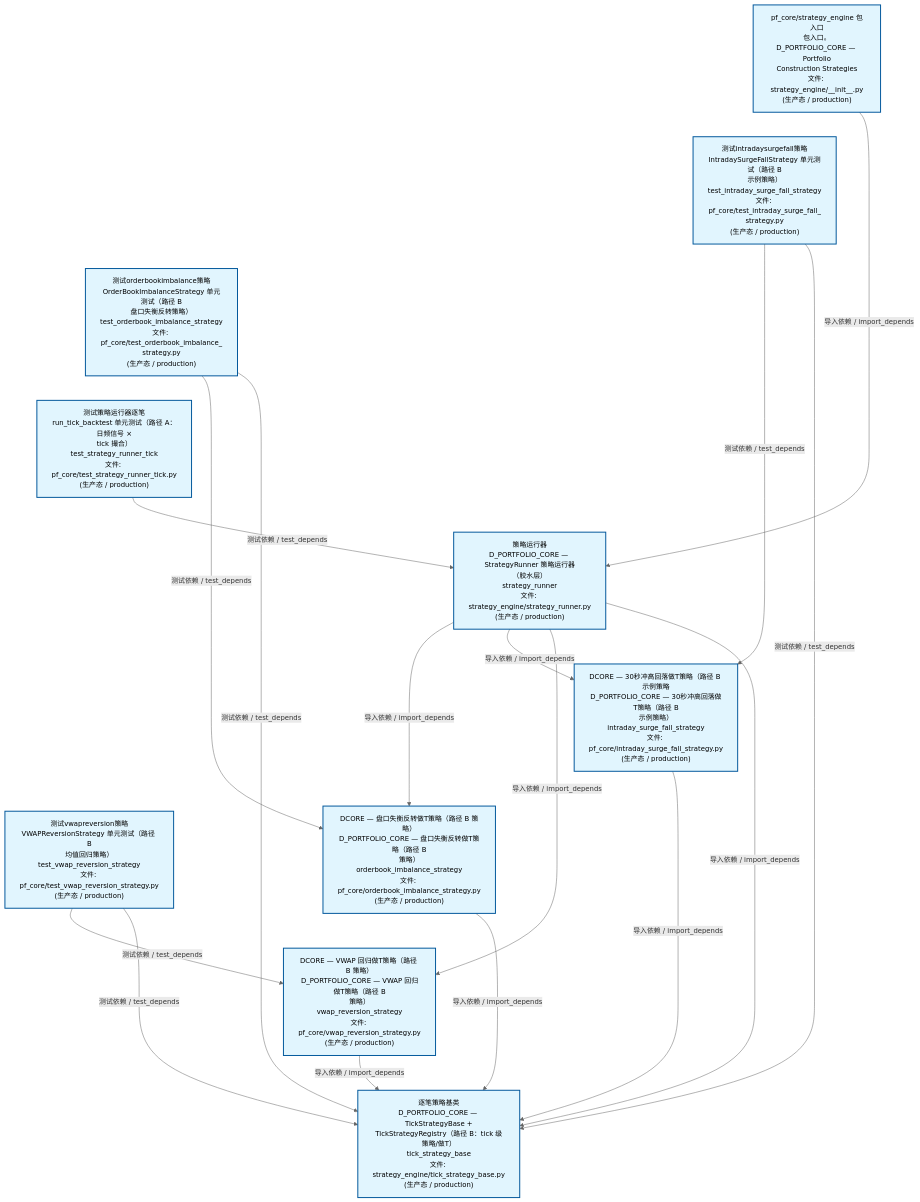
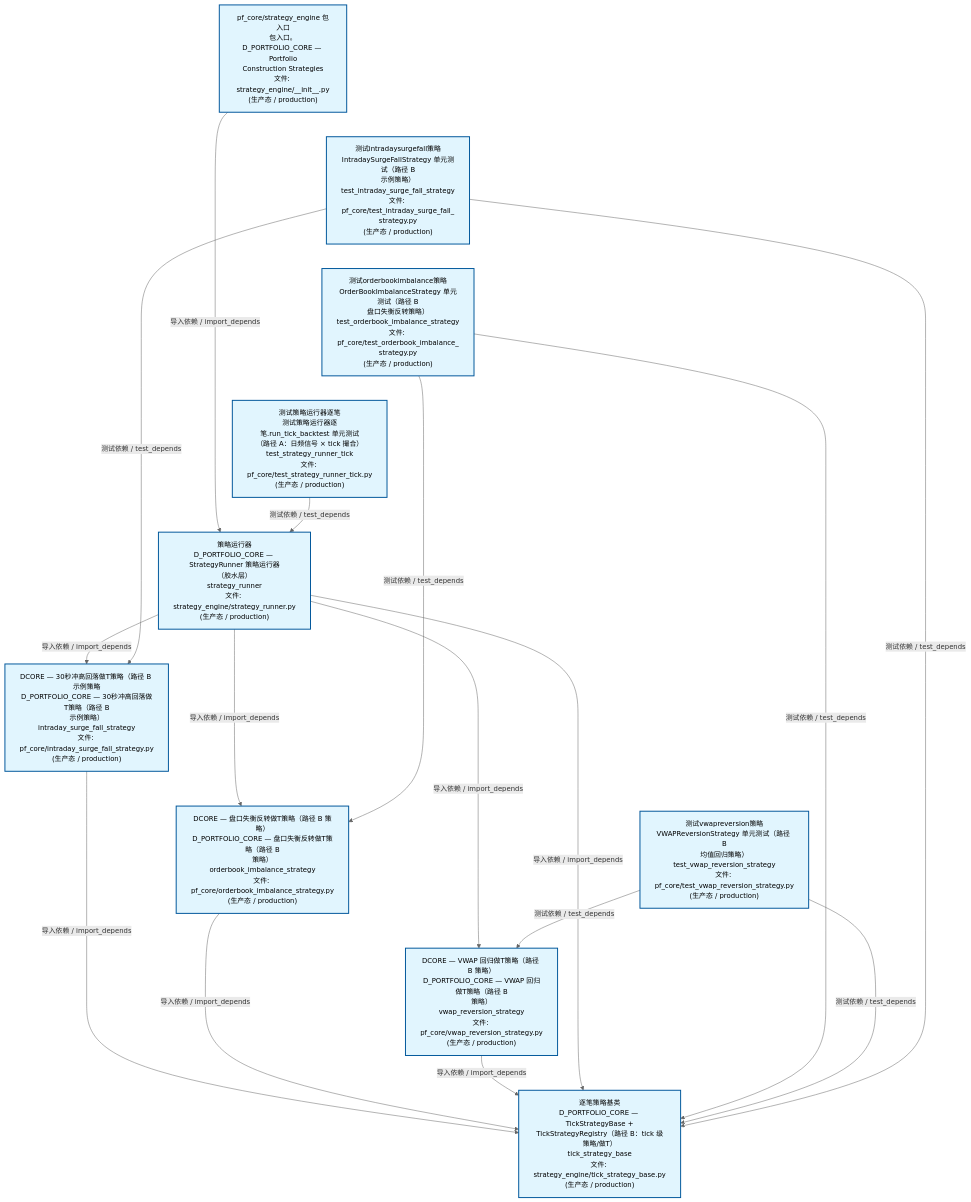
One commit to xuanFelixVan/ZephyrAlpha changed the second of 4 diagrams in docs/02_enterprise_architecture/02_domain_architecture_docs/63_d_pf_core.md. Above: the diagram before and after it, drawn with Mermaid. The commit also changed other lines of this file and 63 other files, not shown here.

````diff
--- a/docs/02_enterprise_architecture/02_domain_architecture_docs/63_d_pf_core.md
+++ b/docs/02_enterprise_architecture/02_domain_architecture_docs/63_d_pf_core.md
@@ -135,40 +135,40 @@
 ```mermaid
 %%{init: {'theme': 'base', 'themeVariables': {'primaryColor': '#eaeaea', 'primaryTextColor': '#333333', 'primaryBorderColor': '#666666', 'lineColor': '#666666', 'secondaryColor': '#eaeaea', 'tertiaryColor': '#eaeaea', 'fontSize': '14px'}}}%%
 flowchart TD
     src_zephyr_pf_core_strategy_engine_init_py["pf_core/strategy_engine 包入口<br/>包入口。D_PORTFOLIO_CORE — Portfolio<br/>Construction Strategies<br/>文件: strategy_engine/__init__.py<br/>(生产态 / production)"]
     tests_pf_core_test_intraday_surge_fall_strategy_py["测试intradaysurgefall策略<br/>IntradaySurgeFallStrategy 单元测试（路径 B<br/>示例策略）<br/>test_intraday_surge_fall_strategy<br/>文件: pf_core/test_intraday_surge_fall_<br/>strategy.py<br/>(生产态 / production)"]
     tests_pf_core_test_orderbook_imbalance_strategy_py["测试orderbookimbalance策略<br/>OrderBookImbalanceStrategy 单元测试（路径 B<br/>盘口失衡反转策略）<br/>test_orderbook_imbalance_strategy<br/>文件: pf_core/test_orderbook_imbalance_<br/>strategy.py<br/>(生产态 / production)"]
-    tests_pf_core_test_strategy_runner_tick_py["测试策略运行器逐笔<br/>run_tick_backtest 单元测试（路径 A：日频信号 ×<br/>tick 撮合）<br/>test_strategy_runner_tick<br/>文件: pf_core/test_strategy_runner_tick.py<br/>(生产态 / production)"]
+    tests_pf_core_test_strategy_runner_tick_py["测试策略运行器逐笔<br/>测试策略运行器逐笔.run_tick_backtest 单元测试<br/>（路径 A：日频信号 × tick 撮合）<br/>test_strategy_runner_tick<br/>文件: pf_core/test_strategy_runner_tick.py<br/>(生产态 / production)"]
     tests_pf_core_test_vwap_reversion_strategy_py["测试vwapreversion策略<br/>VWAPReversionStrategy 单元测试（路径 B<br/>均值回归策略）<br/>test_vwap_reversion_strategy<br/>文件: pf_core/test_vwap_reversion_strategy.py<br/>(生产态 / production)"]
     src_zephyr_pf_core_strategy_engine_init_py ~~~ tests_pf_core_test_intraday_surge_fall_strategy_py
     tests_pf_core_test_intraday_surge_fall_strategy_py ~~~ tests_pf_core_test_orderbook_imbalance_strategy_py
     tests_pf_core_test_orderbook_imbalance_strategy_py ~~~ tests_pf_core_test_strategy_runner_tick_py
     tests_pf_core_test_strategy_runner_tick_py ~~~ tests_pf_core_test_vwap_reversion_strategy_py
     src_zephyr_pf_core_strategy_engine_strategy_runner_py["策略运行器<br/>D_PORTFOLIO_CORE — StrategyRunner 策略运行器<br/>（胶水层）<br/>strategy_runner<br/>文件: strategy_engine/strategy_runner.py<br/>(生产态 / production)"]
     src_zephyr_pf_core_intraday_surge_fall_strategy_py["DCORE — 30秒冲高回落做T策略（路径 B 示例策略<br/>D_PORTFOLIO_CORE — 30秒冲高回落做T策略（路径 B<br/>示例策略）<br/>intraday_surge_fall_strategy<br/>文件: pf_core/intraday_surge_fall_strategy.py<br/>(生产态 / production)"]
     src_zephyr_pf_core_orderbook_imbalance_strategy_py["DCORE — 盘口失衡反转做T策略（路径 B 策略）<br/>D_PORTFOLIO_CORE — 盘口失衡反转做T策略（路径 B<br/>策略）<br/>orderbook_imbalance_strategy<br/>文件: pf_core/orderbook_imbalance_strategy.py<br/>(生产态 / production)"]
     src_zephyr_pf_core_vwap_reversion_strategy_py["DCORE — VWAP 回归做T策略（路径 B 策略）<br/>D_PORTFOLIO_CORE — VWAP 回归做T策略（路径 B<br/>策略）<br/>vwap_reversion_strategy<br/>文件: pf_core/vwap_reversion_strategy.py<br/>(生产态 / production)"]
     src_zephyr_pf_core_intraday_surge_fall_strategy_py ~~~ src_zephyr_pf_core_orderbook_imbalance_strategy_py
     src_zephyr_pf_core_orderbook_imbalance_strategy_py ~~~ src_zephyr_pf_core_vwap_reversion_strategy_py
     src_zephyr_pf_core_strategy_engine_tick_strategy_base_py["逐笔策略基类<br/>D_PORTFOLIO_CORE — TickStrategyBase +<br/>TickStrategyRegistry（路径 B：tick 级策略/做T）<br/>tick_strategy_base<br/>文件: strategy_engine/tick_strategy_base.py<br/>(生产态 / production)"]
+    src_zephyr_pf_core_intraday_surge_fall_strategy_py -->|导入依赖 / import_depends| src_zephyr_pf_core_strategy_engine_tick_strategy_base_py
     src_zephyr_pf_core_orderbook_imbalance_strategy_py -->|导入依赖 / import_depends| src_zephyr_pf_core_strategy_engine_tick_strategy_base_py
-    src_zephyr_pf_core_intraday_surge_fall_strategy_py -->|导入依赖 / import_depends| src_zephyr_pf_core_strategy_engine_tick_strategy_base_py
     src_zephyr_pf_core_vwap_reversion_strategy_py -->|导入依赖 / import_depends| src_zephyr_pf_core_strategy_engine_tick_strategy_base_py
+    src_zephyr_pf_core_strategy_engine_strategy_runner_py -->|导入依赖 / import_depends| src_zephyr_pf_core_intraday_surge_fall_strategy_py
     src_zephyr_pf_core_strategy_engine_strategy_runner_py -->|导入依赖 / import_depends| src_zephyr_pf_core_orderbook_imbalance_strategy_py
-    src_zephyr_pf_core_strategy_engine_strategy_runner_py -->|导入依赖 / import_depends| src_zephyr_pf_core_intraday_surge_fall_strategy_py
     src_zephyr_pf_core_strategy_engine_strategy_runner_py -->|导入依赖 / import_depends| src_zephyr_pf_core_vwap_reversion_strategy_py
     src_zephyr_pf_core_strategy_engine_strategy_runner_py -->|导入依赖 / import_depends| src_zephyr_pf_core_strategy_engine_tick_strategy_base_py
     src_zephyr_pf_core_strategy_engine_init_py -->|导入依赖 / import_depends| src_zephyr_pf_core_strategy_engine_strategy_runner_py
-    tests_pf_core_test_strategy_runner_tick_py -->|测试依赖 / test_depends| src_zephyr_pf_core_strategy_engine_strategy_runner_py
-    tests_pf_core_test_intraday_surge_fall_strategy_py -->|测试依赖 / test_depends| src_zephyr_pf_core_intraday_surge_fall_strategy_py
-    tests_pf_core_test_intraday_surge_fall_strategy_py -->|测试依赖 / test_depends| src_zephyr_pf_core_strategy_engine_tick_strategy_base_py
     tests_pf_core_test_orderbook_imbalance_strategy_py -->|测试依赖 / test_depends| src_zephyr_pf_core_orderbook_imbalance_strategy_py
     tests_pf_core_test_orderbook_imbalance_strategy_py -->|测试依赖 / test_depends| src_zephyr_pf_core_strategy_engine_tick_strategy_base_py
     tests_pf_core_test_vwap_reversion_strategy_py -->|测试依赖 / test_depends| src_zephyr_pf_core_vwap_reversion_strategy_py
     tests_pf_core_test_vwap_reversion_strategy_py -->|测试依赖 / test_depends| src_zephyr_pf_core_strategy_engine_tick_strategy_base_py
+    tests_pf_core_test_intraday_surge_fall_strategy_py -->|测试依赖 / test_depends| src_zephyr_pf_core_intraday_surge_fall_strategy_py
+    tests_pf_core_test_intraday_surge_fall_strategy_py -->|测试依赖 / test_depends| src_zephyr_pf_core_strategy_engine_tick_strategy_base_py
+    tests_pf_core_test_strategy_runner_tick_py -->|测试依赖 / test_depends| src_zephyr_pf_core_strategy_engine_strategy_runner_py
     classDef production fill:#e1f5fe,stroke:#01579b,stroke-width:2px,color:#000
     classDef design fill:#fff3e0,stroke:#e65100,stroke-width:2px,color:#000,stroke-dasharray: 5 5
     classDef external_prod fill:#e8f4fd,stroke:#0277bd,stroke-width:1px,color:#000
     classDef external_design fill:#fff8e7,stroke:#ef6c00,stroke-width:1px,color:#000,stroke-dasharray: 5 5
     class src_zephyr_pf_core_intraday_surge_fall_strategy_py,src_zephyr_pf_core_orderbook_imbalance_strategy_py,src_zephyr_pf_core_strategy_engine_init_py,src_zephyr_pf_core_strategy_engine_strategy_runner_py,src_zephyr_pf_core_strategy_engine_tick_strategy_base_py,src_zephyr_pf_core_vwap_reversion_strategy_py,tests_pf_core_test_intraday_surge_fall_strategy_py,tests_pf_core_test_orderbook_imbalance_strategy_py,tests_pf_core_test_strategy_runner_tick_py,tests_pf_core_test_vwap_reversion_strategy_py production
 ```
````
